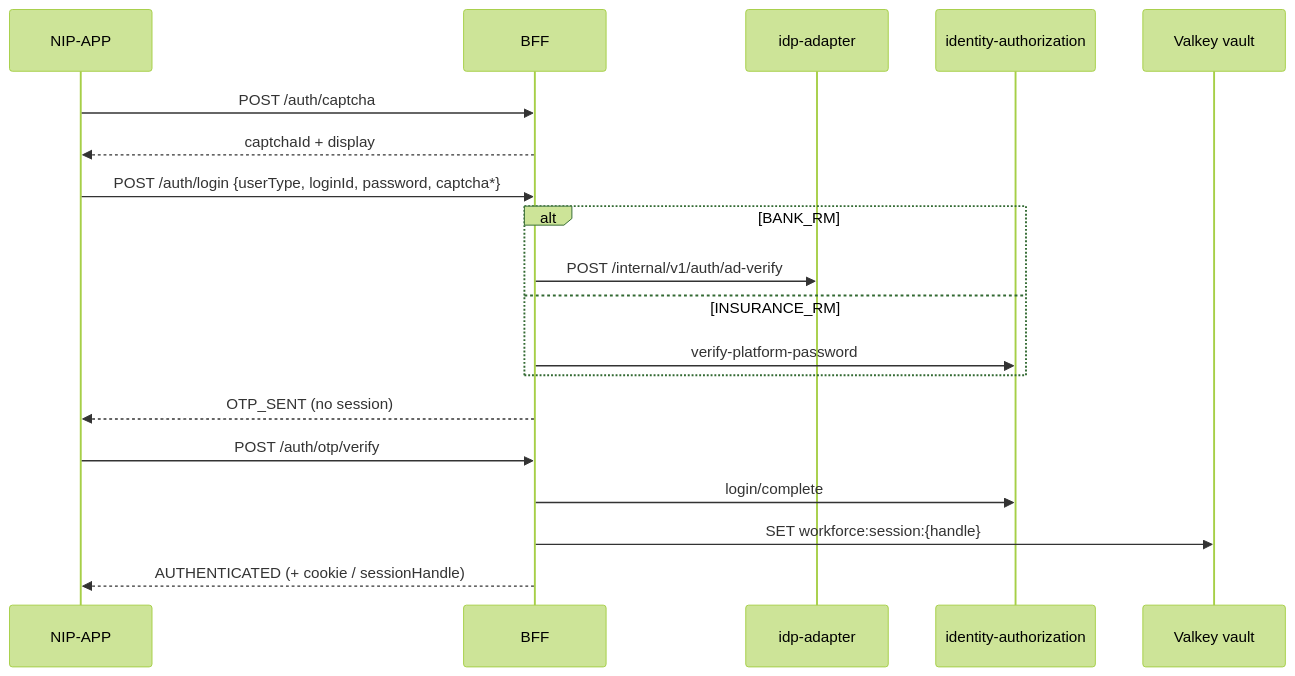
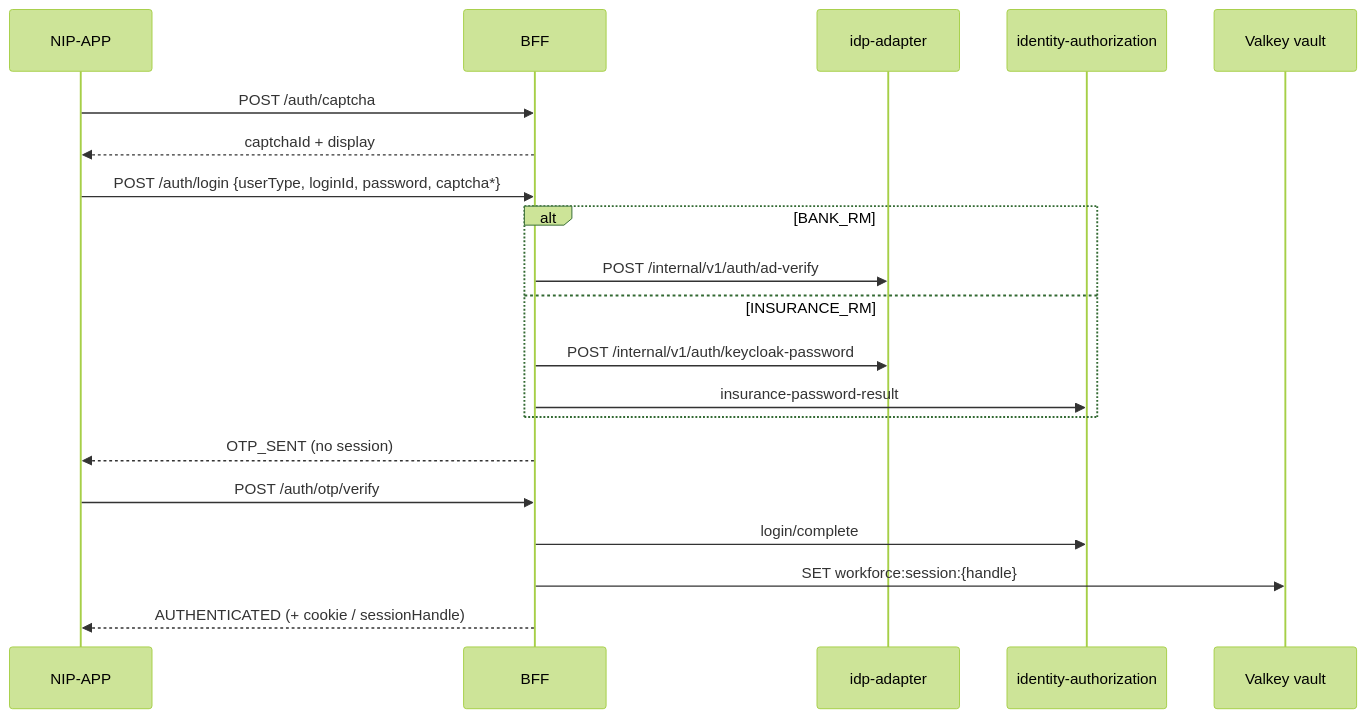
The first of 3 diagrams in docs/platform/contracts/workforce-access-bff/LLD.md (Mahesh38/bank-insurance-platform), drawn with Mermaid (forest theme) before and after one commit. The commit also changed other lines of this file and 26 other files, not shown here.

First line of the commit message:
Route insurance login passwords through Keycloak.

````diff
--- a/docs/platform/contracts/workforce-access-bff/LLD.md
+++ b/docs/platform/contracts/workforce-access-bff/LLD.md
@@ -91,21 +91,22 @@
 ```mermaid
 sequenceDiagram
     participant App as NIP-APP
     participant BFF
     participant IDP as idp-adapter
     participant AZ as identity-authorization
     participant V as Valkey vault
     App->>BFF: POST /auth/captcha
     BFF-->>App: captchaId + display
     App->>BFF: POST /auth/login {userType, loginId, password, captcha*}
     alt BANK_RM
       BFF->>IDP: POST /internal/v1/auth/ad-verify
     else INSURANCE_RM
-      BFF->>AZ: verify-platform-password
+      BFF->>IDP: POST /internal/v1/auth/keycloak-password
+      BFF->>AZ: insurance-password-result
     end
     BFF-->>App: OTP_SENT (no session)
     App->>BFF: POST /auth/otp/verify
     BFF->>AZ: login/complete
     BFF->>V: SET workforce:session:{handle}
     BFF-->>App: AUTHENTICATED (+ cookie / sessionHandle)
 ```
````
